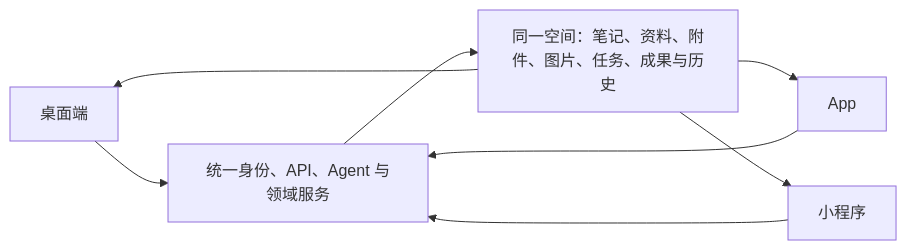
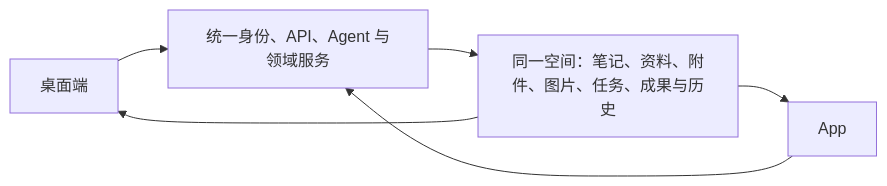
One commit to asklins223/Astella changed the second of 2 diagrams in docs/plans/learning-companion/51-mobile-companion-full-agent-product-design-2026-10-10.md. Above: the diagram before and after it, drawn with Mermaid. The commit also changed other lines of this file and 97 other files, not shown here.

```diff
--- a/docs/plans/learning-companion/51-mobile-companion-full-agent-product-design-2026-10-10.md
+++ b/docs/plans/learning-companion/51-mobile-companion-full-agent-product-design-2026-10-10.md
@@ -322,10 +385,8 @@
 ~~~mermaid
 flowchart LR
     D["桌面端"] --> S["统一身份、API、Agent 与领域服务"]
     A["App"] --> S
-    M["小程序"] --> S
     S --> B["同一空间：笔记、资料、附件、图片、任务、成果与历史"]
     B --> D
     B --> A
-    B --> M
 ~~~
```
